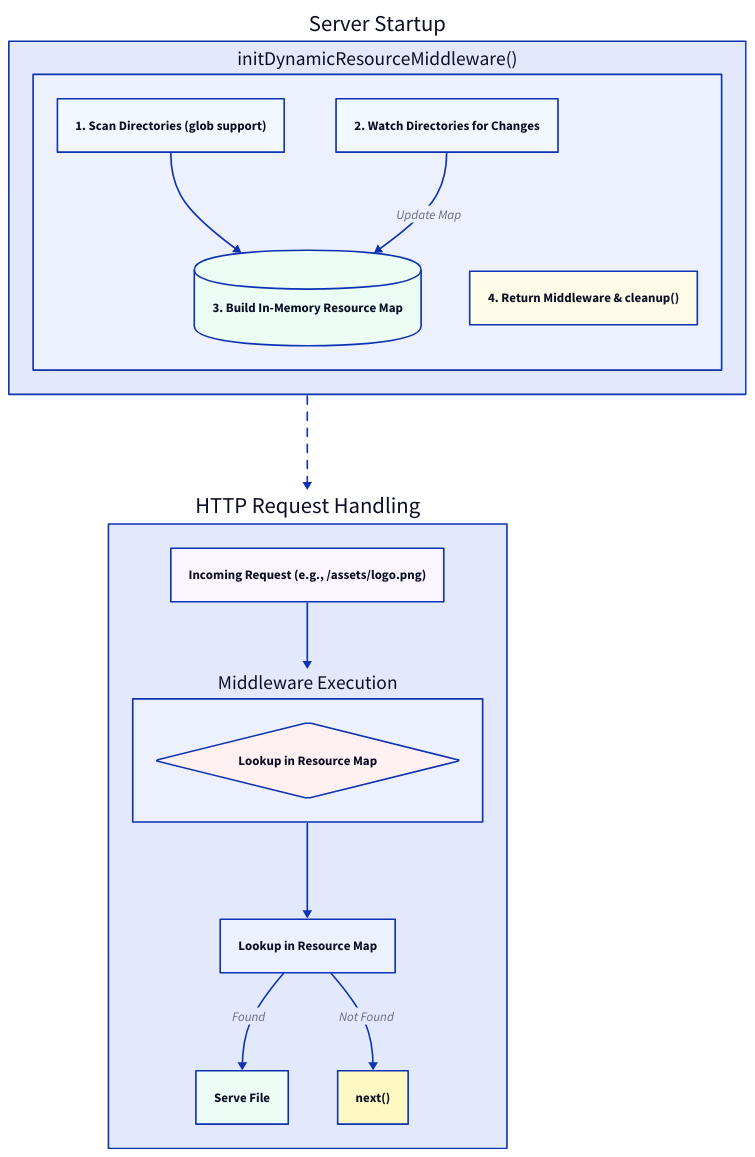
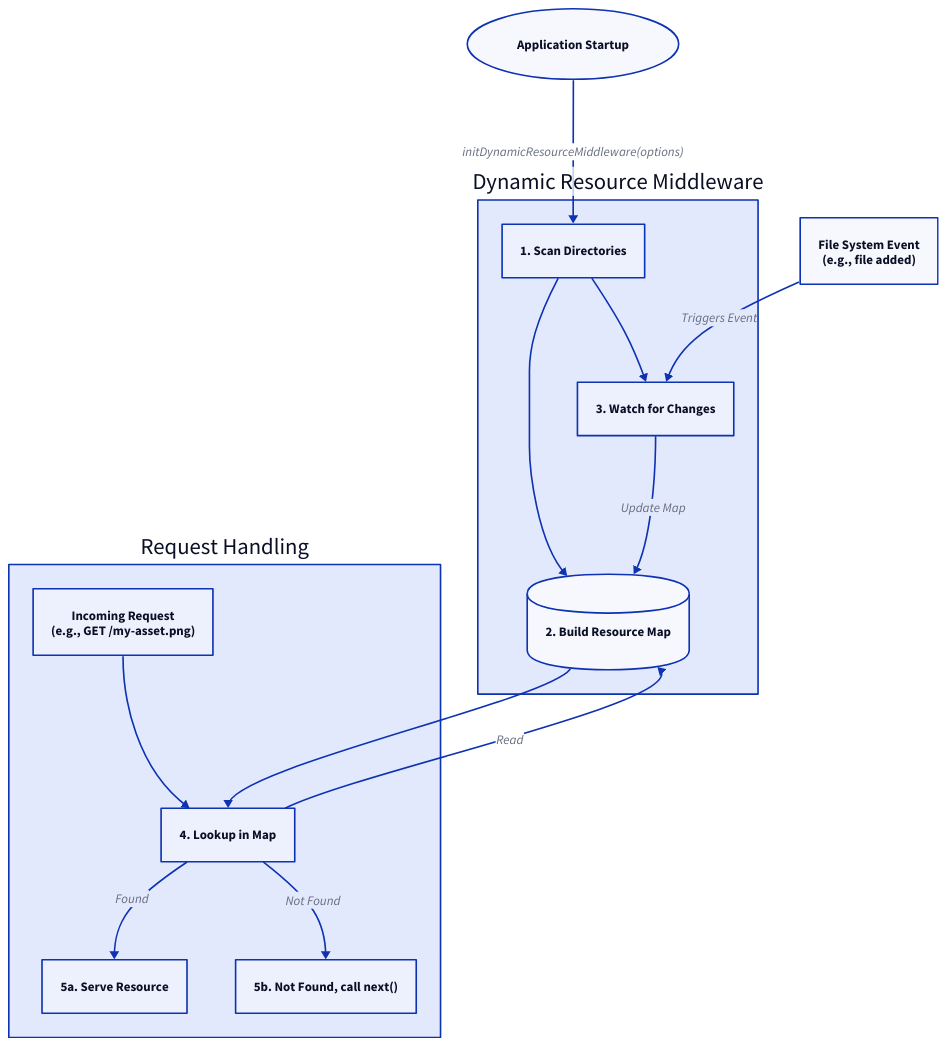
One commit to blocklet/media-kit changed the diagram in .aigne/doc-smith/docs/api-reference-uploader-server-dynamic-resource.md. Above: the diagram before and after it, drawn with D2. The commit also changed other lines of this file and 27 other files, not shown here.

````diff
--- a/.aigne/doc-smith/docs/api-reference-uploader-server-dynamic-resource.md
+++ b/.aigne/doc-smith/docs/api-reference-uploader-server-dynamic-resource.md
@@ -7,65 +11,69 @@
 ```d2
 direction: down
 
-"Server Startup": {
-  "initDynamicResourceMiddleware()": {
-    "1. Scan Directories (glob support)": {
-      style: {
-        fill: "#f0f9ff"
-      }
-    }
-    "2. Watch Directories for Changes": {
-      style: {
-        fill: "#f0f9ff"
-      }
-    }
-    "3. Build In-Memory Resource Map": {
-      shape: cylinder
-      style: {
-        fill: "#ecfdf5"
-      }
-    }
-    "4. Return Middleware & cleanup()": {
-      style: {
-        fill: "#fefce8"
-      }
-    }
+App-Startup: {
+  label: "Application Startup"
+  shape: oval
+}
 
-    "1. Scan Directories (glob support)" -> "3. Build In-Memory Resource Map"
-    "2. Watch Directories for Changes" -> "3. Build In-Memory Resource Map": "Update Map"
+Middleware: {
+  label: "Dynamic Resource Middleware"
+  shape: rectangle
+
+  scan: {
+    label: "1. Scan Directories"
+    shape: rectangle
+  }
+
+  map: {
+    label: "2. Build Resource Map"
+    shape: cylinder
+  }
+
+  watch: {
+    label: "3. Watch for Changes"
   }
 }
 
-"HTTP Request Handling": {
-  "Incoming Request (e.g., /assets/logo.png)": {
-    style: {
-      fill: "#faf5ff"
-    }
-  }
-  "Middleware Execution": {
-    "Lookup in Resource Map": {
-      shape: diamond
-      style: {
-        fill: "#fff1f2"
-      }
-    }
-  }
-  "Serve File": {
-    style: {
-      fill: "#ecfdf5"
-    }
-  }
-  "next()": {
-    style: {
-      fill: "#fef9c3"
-    }
+Request-Handling: {
+  label: "Request Handling"
+  shape: rectangle
+
+  Request: {
+    label: "Incoming Request\n(e.g., GET /my-asset.png)"
+    shape: rectangle
   }
 
-  "Incoming Request (e.g., /assets/logo.png)" -> "Middleware Execution"
-  "Middleware Execution" -> "Lookup in Resource Map"
-  "Lookup in Resource Map" -> "Serve File": "Found"
-  "Lookup in Resource Map" -> "next()": "Not Found"
+  Lookup: {
+    label: "4. Lookup in Map"
+  }
+
+  Serve: {
+    label: "5a. Serve Resource"
+    shape: rectangle
+  }
+
+  Next: {
+    label: "5b. Not Found, call next()"
+    shape: rectangle
+  }
 }
 
-"Server Startup" -> "HTTP Request Handling": { style.animated: true }
+File-System: {
+  label: "File System Event\n(e.g., file added)"
+  shape: rectangle
+}
+
+App-Startup -> Middleware.scan: "initDynamicResourceMiddleware(options)"
+Middleware.scan -> Middleware.map
+Middleware.scan -> Middleware.watch
+
+Request-Handling.Request -> Request-Handling.Lookup
+Request-Handling.Lookup -> Middleware.map: "Read"
+Middleware.map -> Request-Handling.Lookup
+Request-Handling.Lookup -> Request-Handling.Serve: "Found"
+Request-Handling.Lookup -> Request-Handling.Next: "Not Found"
+
+File-System -> Middleware.watch: "Triggers Event"
+Middleware.watch -> Middleware.map: "Update Map"
 ```
````
